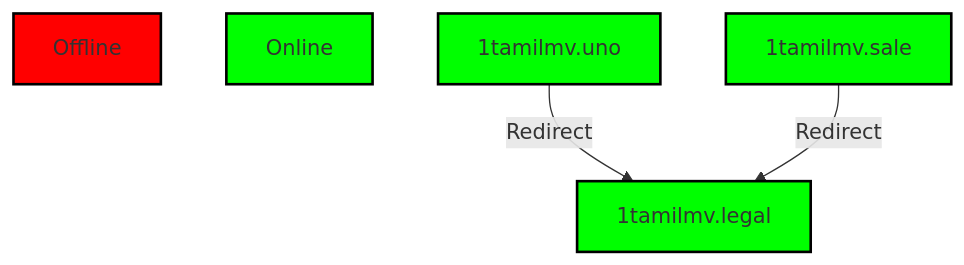
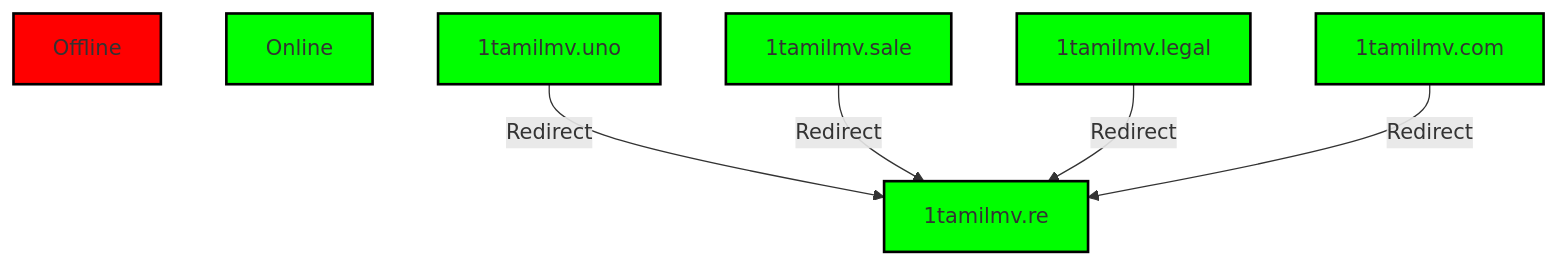
Before and after one commit to Tpj-root/SiteEvolution: the diagram in README.md, drawn with Mermaid.

````diff
--- a/README.md
+++ b/README.md
@@ -342,13 +342,17 @@
 ```mermaid
 graph TD;
     style R fill:#f00,stroke:#000,stroke-width:2px;
     style G fill:#0f0,stroke:#000,stroke-width:2px;
     style G1 fill:#0f0,stroke:#000,stroke-width:2px;
     style G2 fill:#0f0,stroke:#000,stroke-width:2px;
     style G3 fill:#0f0,stroke:#000,stroke-width:2px;
+    style G4 fill:#0f0,stroke:#000,stroke-width:2px;
+    style G5 fill:#0f0,stroke:#000,stroke-width:2px;
     
     G[Online]
     R[Offline]
-    G1[1tamilmv.uno] -->|Redirect| G3[1tamilmv.legal]
-    G2[1tamilmv.sale] -->|Redirect| G3[1tamilmv.legal]
+    G1[1tamilmv.uno] -->|Redirect| G5[1tamilmv.re]
+    G2[1tamilmv.sale] -->|Redirect| G5[1tamilmv.re]
+    G3[1tamilmv.legal] -->|Redirect| G5[1tamilmv.re]
+    G4[1tamilmv.com] -->|Redirect| G5[1tamilmv.re]
 ```
````
